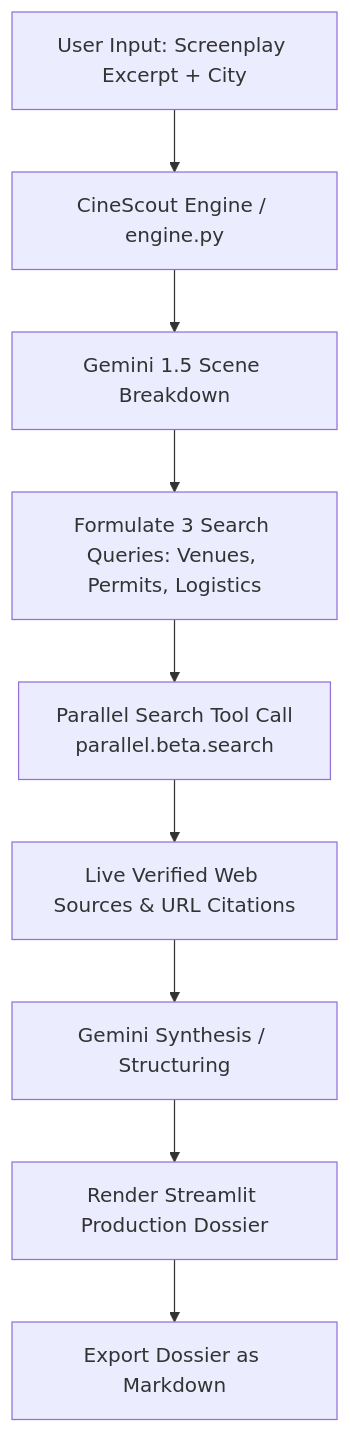
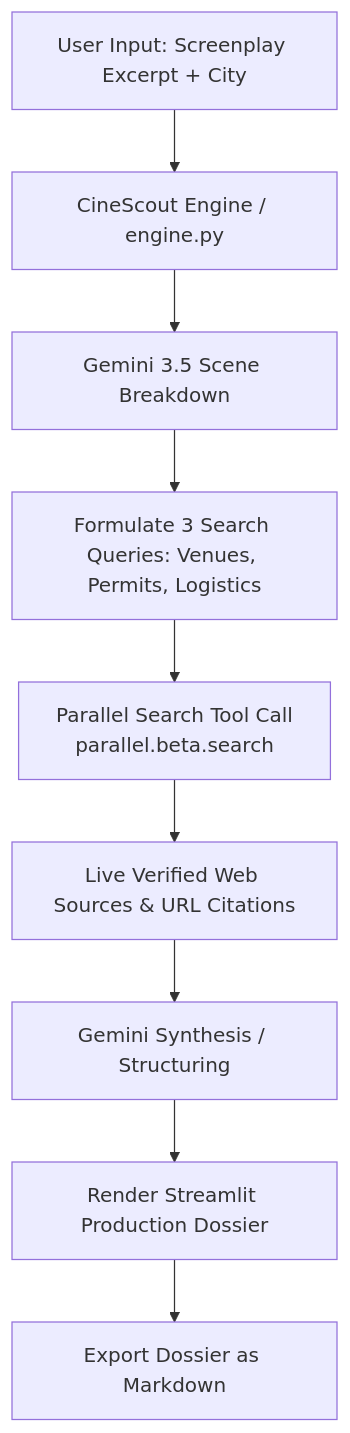
One commit to keithh-kim/Agentic-Cinema-AI-Hackathon changed the diagram in README.md. Above: the diagram before and after it, drawn with Mermaid. The commit also changed other lines of this file and 3 other files, not shown here.

````diff
--- a/README.md
+++ b/README.md
@@ -27,11 +27,11 @@
 ```mermaid
 flowchart TD
     A[User Input: Screenplay Excerpt + City] --> B[CineScout Engine / engine.py]
-    B --> C[Gemini 1.5 Scene Breakdown]
+    B --> C[Gemini 3.5 Scene Breakdown]
     C --> D[Formulate 3 Search Queries: Venues, Permits, Logistics]
     D --> E[Parallel Search Tool Call\nparallel.beta.search]
     E --> F[Live Verified Web Sources & URL Citations]
     F --> G[Gemini Synthesis / Structuring]
     G --> H[Render Streamlit Production Dossier]
     H --> I[Export Dossier as Markdown]
 ```
````
